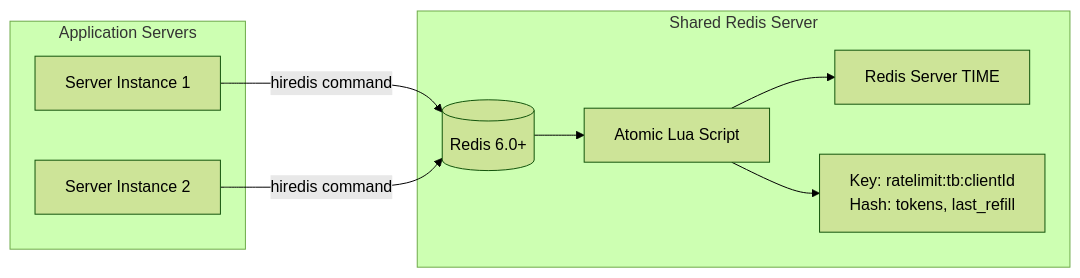
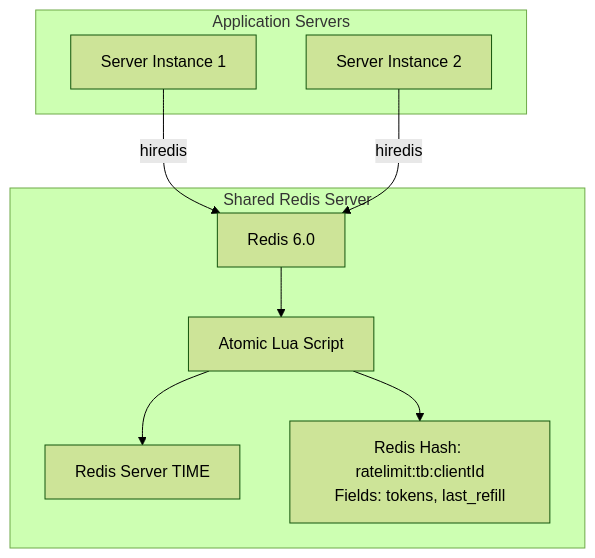
Before and after one commit to Dharmraj06/High-Performance-Rate-Limiter: the fifth of 5 diagrams in README.md, drawn with Mermaid (forest theme). The commit also changed other lines of this file, not shown here.

````diff
--- a/README.md
+++ b/README.md
@@ -143,20 +154,21 @@
 ```mermaid
-flowchart LR
-    subgraph AppServers [Application Servers]
+flowchart TD
+    subgraph AppServers["Application Servers"]
         Server1[Server Instance 1]
         Server2[Server Instance 2]
     end
 
-    subgraph RedisCluster [Shared Redis Server]
-        RedisNode[(Redis 6.0+)]
+    subgraph RedisServer["Shared Redis Server"]
+        RedisNode[Redis 6.0]
         LuaScript[Atomic Lua Script]
         Clock[Redis Server TIME]
-        Storage["Key: ratelimit:tb:clientId<br/>Hash: tokens, last_refill"]
+        Storage["Redis Hash: ratelimit:tb:clientId
+Fields: tokens, last_refill"]
     end
 
-    Server1 -->|hiredis command| RedisNode
-    Server2 -->|hiredis command| RedisNode
+    Server1 -->|hiredis| RedisNode
+    Server2 -->|hiredis| RedisNode
     RedisNode --> LuaScript
     LuaScript --> Clock
     LuaScript --> Storage
 ```
````
